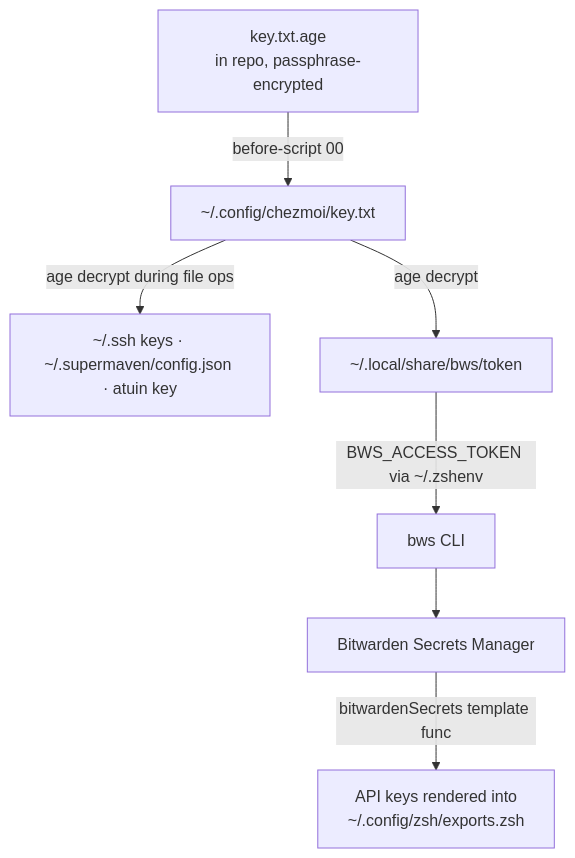
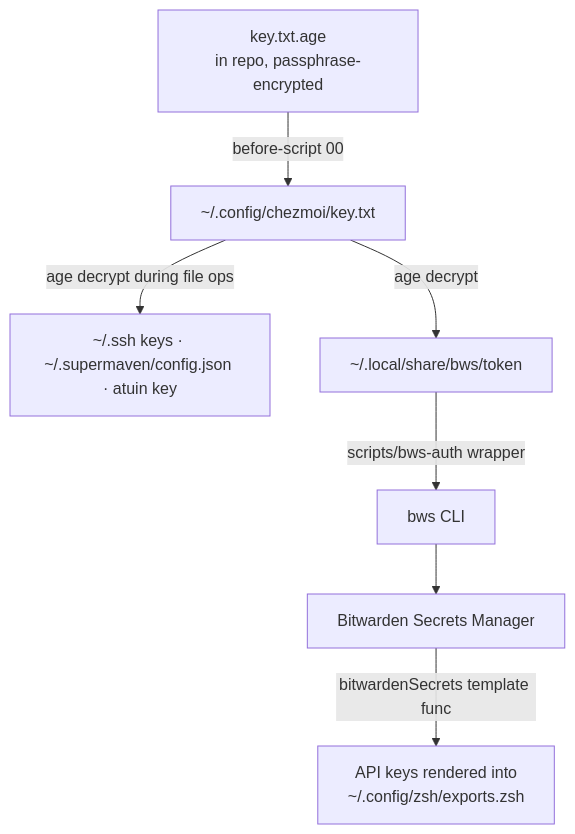
One commit to mbastakis/dotfiles changed the third of 3 diagrams in docs/architecture.md. Above: the diagram before and after it, drawn with Mermaid. The commit also changed other lines of this file and 65 other files, not shown here.

````diff
--- a/docs/architecture.md
+++ b/docs/architecture.md
@@ -56,9 +55,9 @@
 ```mermaid
 flowchart TD
   A[key.txt.age<br/>in repo, passphrase-encrypted] -->|before-script 00| B[~/.config/chezmoi/key.txt]
   B -->|age decrypt during file ops| C[~/.ssh keys · ~/.supermaven/config.json · atuin key]
   B -->|age decrypt| E[~/.local/share/bws/token]
-  E -->|BWS_ACCESS_TOKEN via ~/.zshenv| F[bws CLI]
+  E -->|scripts/bws-auth wrapper| F[bws CLI]
   F --> H[Bitwarden Secrets Manager]
   H -->|bitwardenSecrets template func| G[API keys rendered into<br/>~/.config/zsh/exports.zsh]
 ```
````
